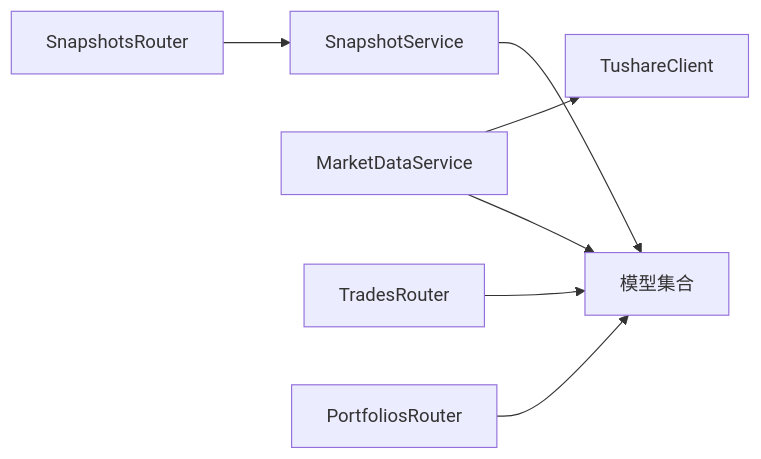
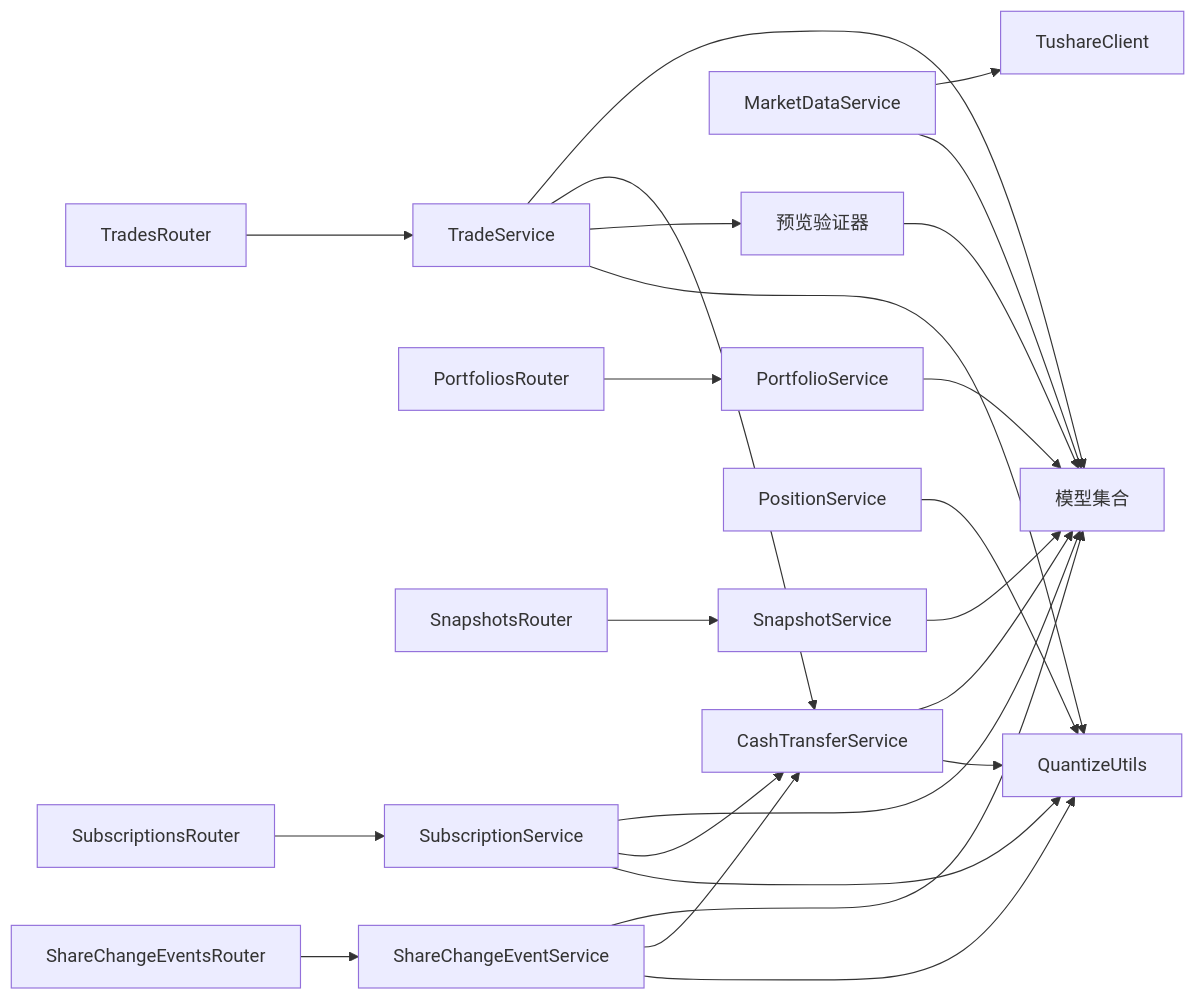
Before and after one commit to gujialind/InvestRing: diagram 15 of 15 in .qoder/repowiki/zh/content/核心业务功能/核心业务功能.md, drawn with Mermaid. The commit also changed other lines of this file and 64 other files, not shown here.

````diff
--- a/.qoder/repowiki/zh/content/核心业务功能/核心业务功能.md
+++ b/.qoder/repowiki/zh/content/核心业务功能/核心业务功能.md
@@ -416,9 +850,26 @@
 ```mermaid
 graph LR
 SnapSvc["SnapshotService"] --> Models["模型集合"]
 MarketSvc["MarketDataService"] --> Tushare["TushareClient"]
 MarketSvc --> Models
-TradesRouter["TradesRouter"] --> Models
-PortfoliosRouter["PortfoliosRouter"] --> Models
+TradesRouter["TradesRouter"] --> TradeSvc["TradeService"]
+TradeSvc --> Models
+TradeSvc --> CashSvc["CashTransferService"]
+TradeSvc --> PreviewSvc["预览验证器"]
+TradeSvc --> Quantize["QuantizeUtils"]
+PreviewSvc --> Models
+CashSvc --> Models
+CashSvc --> Quantize
+PortfoliosRouter["PortfoliosRouter"] --> PortfolioSvc["PortfolioService"]
+PortfolioSvc --> Models
 SnapshotsRouter["SnapshotsRouter"] --> SnapSvc
+SubscriptionsRouter["SubscriptionsRouter"] --> SubSvc["SubscriptionService"]
+SubSvc --> Models
+SubSvc --> CashSvc
+SubSvc --> Quantize
+ShareChangeEventsRouter["ShareChangeEventsRouter"] --> EventSvc["ShareChangeEventService"]
+EventSvc --> Models
+EventSvc --> CashSvc
+EventSvc --> Quantize
+PositionSvc["PositionService"] --> Quantize
 ```
````
